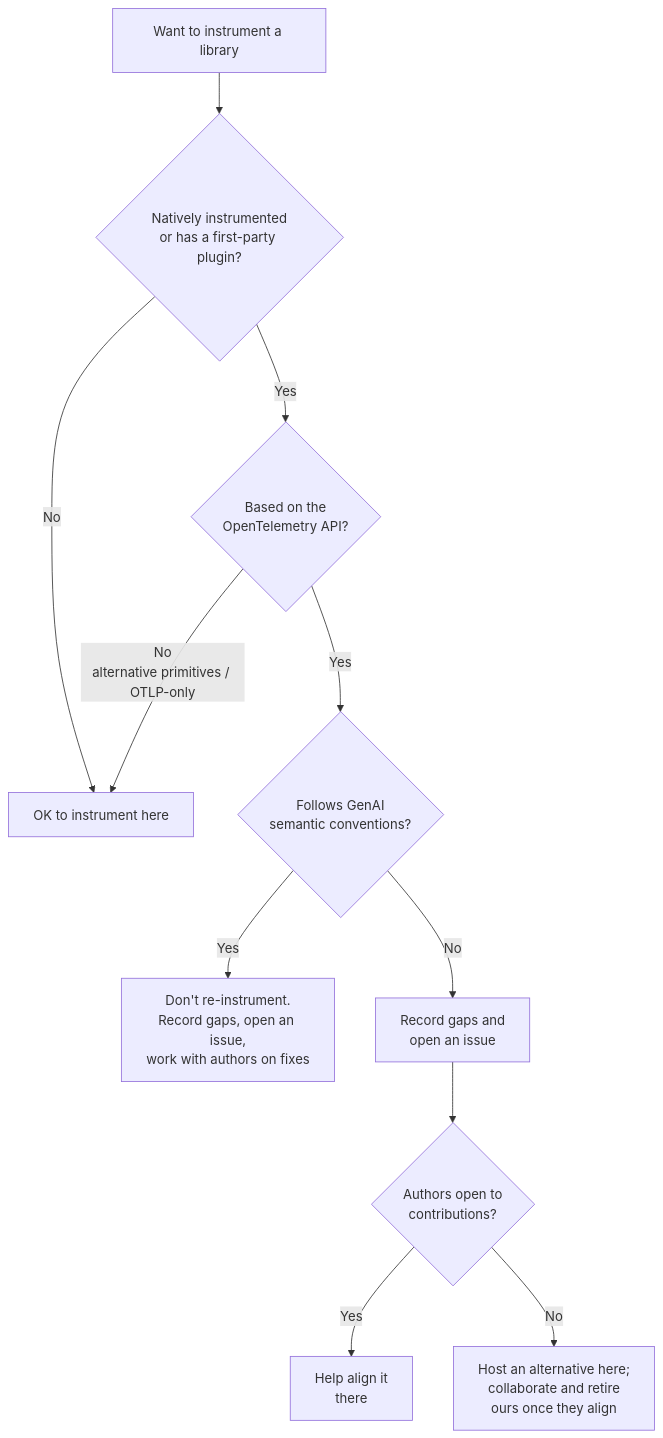
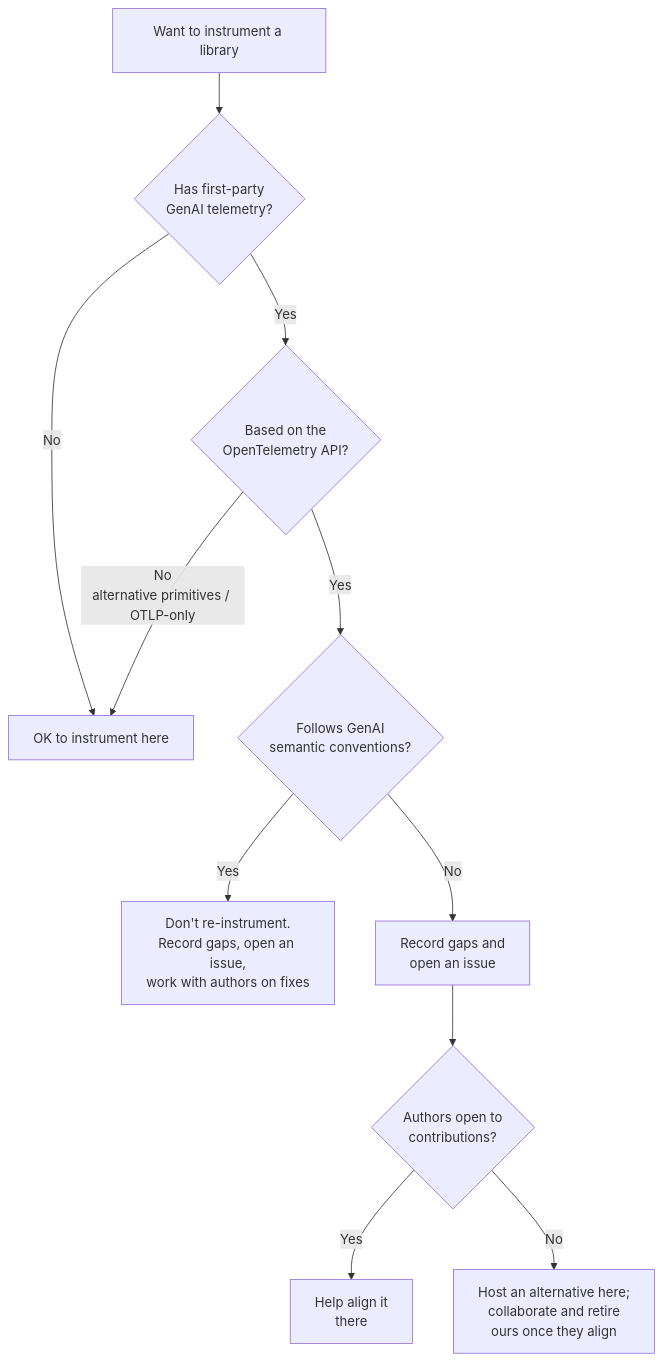
One commit to open-telemetry/opentelemetry-python-genai changed the diagram in CONTRIBUTING.md. Above: the diagram before and after it, drawn with Mermaid. The commit also changed other lines of this file, not shown here.

Commit message:
Address review feedback: align first-party telemetry wording with flowchart

````diff
--- a/CONTRIBUTING.md
+++ b/CONTRIBUTING.md
@@ -180,13 +181,13 @@
 ```mermaid
 flowchart TD
-    A[Want to instrument a library] --> B{Natively instrumented<br/>or has a first-party plugin?}
+    A[Want to instrument a library] --> B{Has first-party<br/>GenAI telemetry?}
     B -->|No| P[OK to instrument here]
     B -->|Yes| C{Based on the<br/>OpenTelemetry API?}
     C -->|No<br/>alternative primitives / OTLP-only | P
     C -->|Yes| D{Follows GenAI<br/>semantic conventions?}
     D -->|Yes| E[Don't re-instrument.<br/>Record gaps, open an issue,<br/>work with authors on fixes]
     D -->|No| F[Record gaps and<br/>open an issue]
     F --> G{Authors open to<br/>contributions?}
     G -->|Yes| H[Help align it<br/>there]
     G -->|No| I[Host an alternative here;<br/>collaborate and retire<br/>ours once they align]
 ```
````
